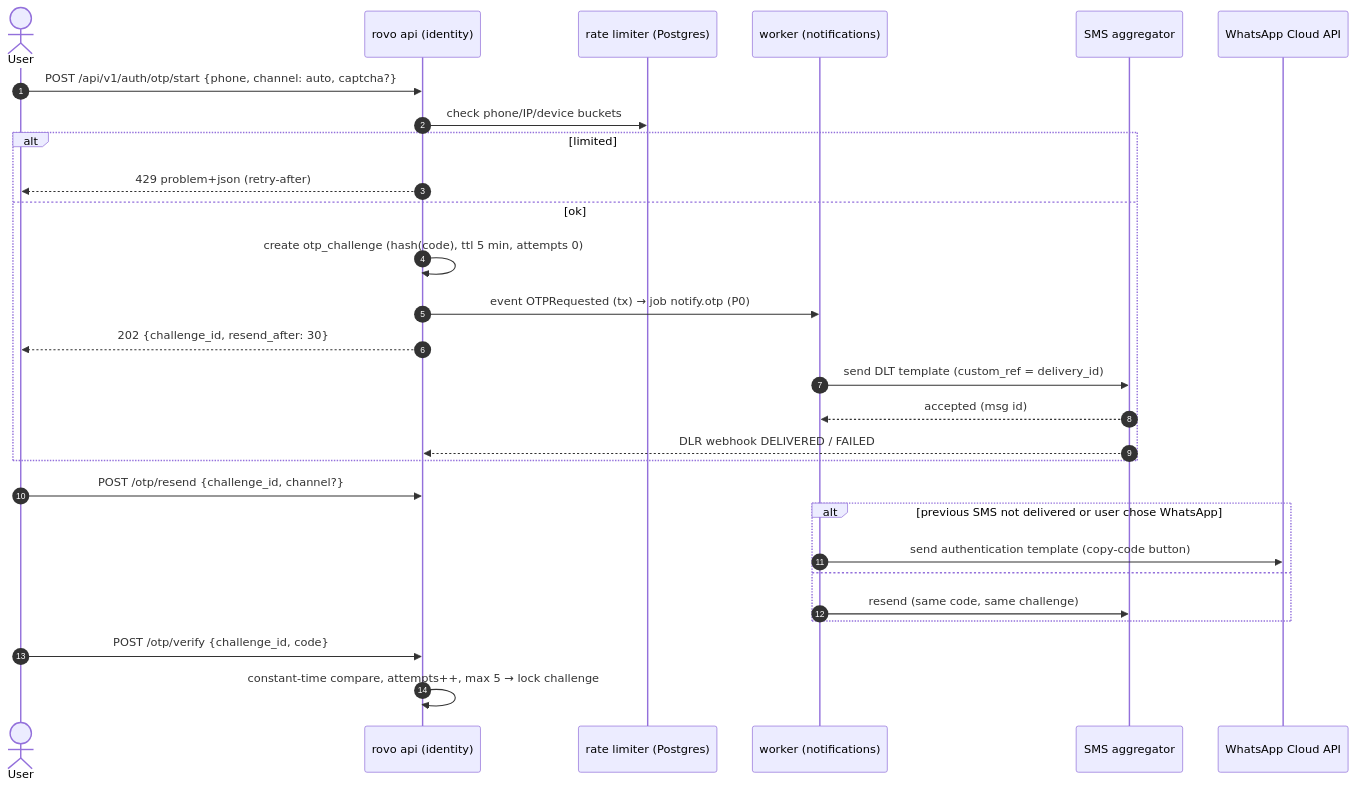
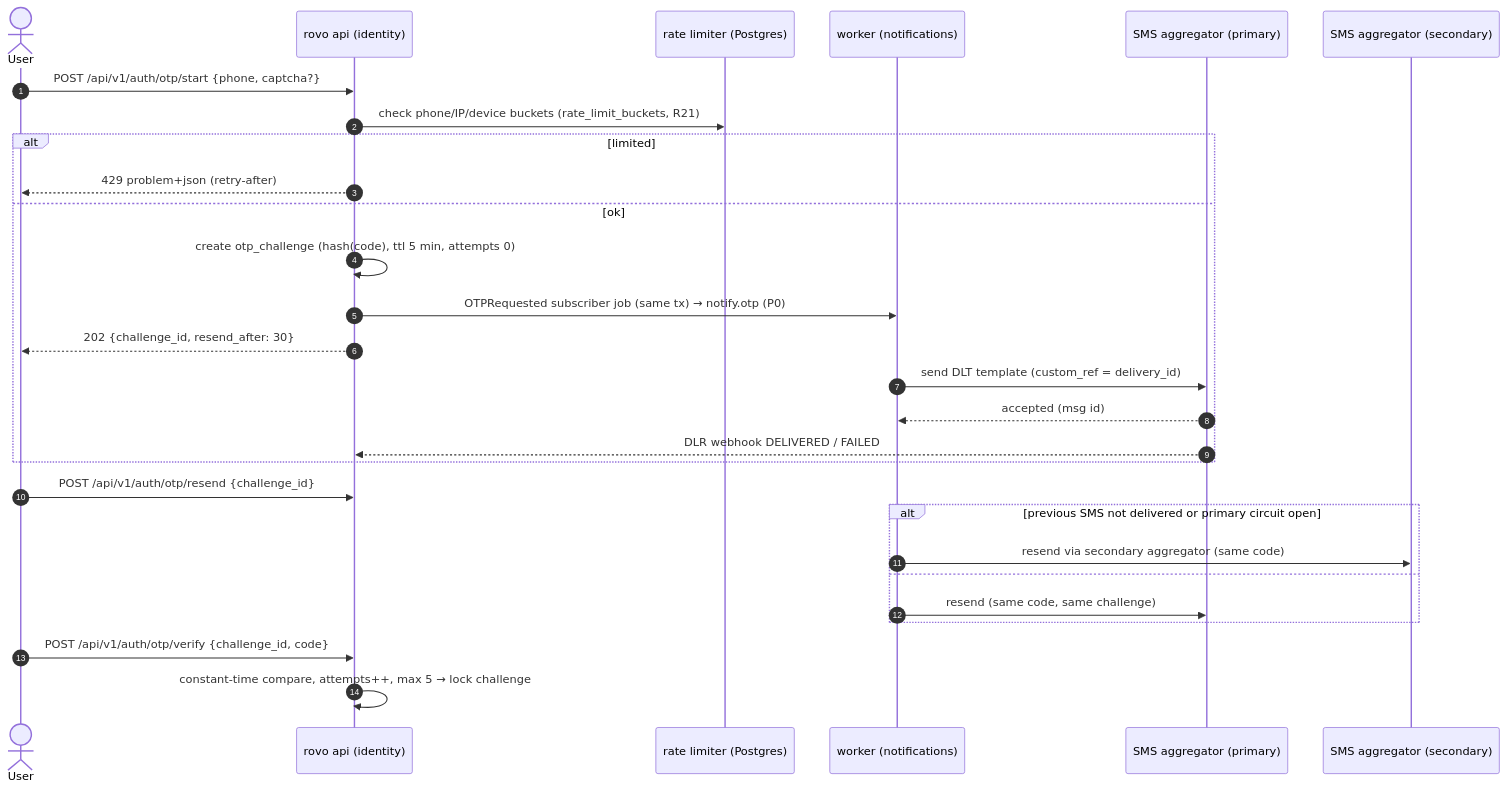
The second of 3 diagrams in docs/planning/15-notification-architecture.md (storetmobiles2-code/rovo), drawn with Mermaid before and after one commit. The commit also changed other lines of this file and 3 other files, not shown here.

````diff
--- a/docs/planning/15-notification-architecture.md
+++ b/docs/planning/15-notification-architecture.md
@@ -224,30 +236,30 @@
 ```mermaid
 sequenceDiagram
     autonumber
     actor U as User
     participant API as rovo api (identity)
     participant RL as rate limiter (Postgres)
     participant W as worker (notifications)
-    participant SMS as SMS aggregator
-    participant WA as WhatsApp Cloud API
-    U->>API: POST /api/v1/auth/otp/start {phone, channel: auto, captcha?}
-    API->>RL: check phone/IP/device buckets
+    participant SMS as SMS aggregator (primary)
+    participant SMS2 as SMS aggregator (secondary)
+    U->>API: POST /api/v1/auth/otp/start {phone, captcha?}
+    API->>RL: check phone/IP/device buckets (rate_limit_buckets, R21)
     alt limited
         API-->>U: 429 problem+json (retry-after)
     else ok
         API->>API: create otp_challenge (hash(code), ttl 5 min, attempts 0)
-        API->>W: event OTPRequested (tx) → job notify.otp (P0)
+        API->>W: OTPRequested subscriber job (same tx) → notify.otp (P0)
         API-->>U: 202 {challenge_id, resend_after: 30}
         W->>SMS: send DLT template (custom_ref = delivery_id)
         SMS-->>W: accepted (msg id)
         SMS-->>API: DLR webhook DELIVERED / FAILED
     end
-    U->>API: POST /otp/resend {challenge_id, channel?}
-    alt previous SMS not delivered or user chose WhatsApp
-        W->>WA: send authentication template (copy-code button)
+    U->>API: POST /api/v1/auth/otp/resend {challenge_id}
+    alt previous SMS not delivered or primary circuit open
+        W->>SMS2: resend via secondary aggregator (same code)
     else
         W->>SMS: resend (same code, same challenge)
     end
-    U->>API: POST /otp/verify {challenge_id, code}
+    U->>API: POST /api/v1/auth/otp/verify {challenge_id, code}
     API->>API: constant-time compare, attempts++, max 5 → lock challenge
 ```
````
